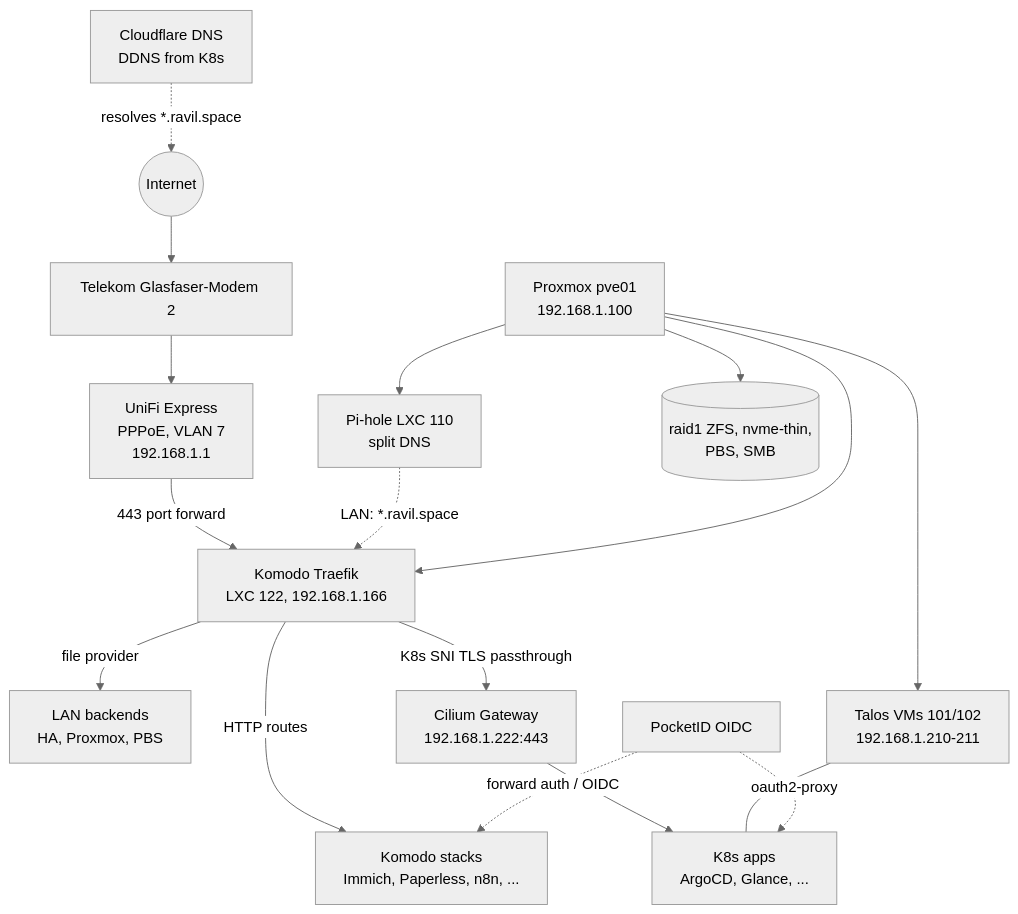
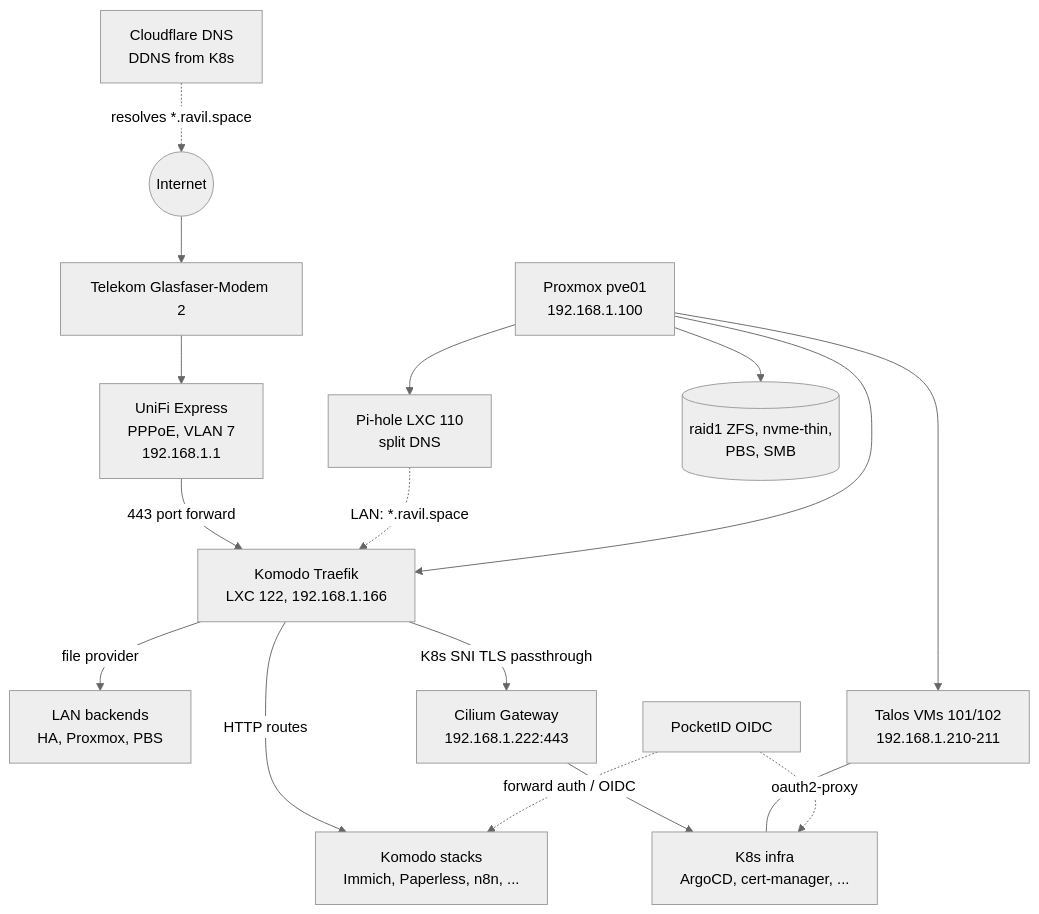
One commit to ravilushqa/homelab changed the diagram in docs/architecture/00-homelab-architecture.md. Above: the diagram before and after it, drawn with Mermaid (neutral theme). The commit also changed other lines of this file and 54 other files, not shown here.

````diff
--- a/docs/architecture/00-homelab-architecture.md
+++ b/docs/architecture/00-homelab-architecture.md
@@ -25,33 +25,33 @@
 ```mermaid
 flowchart TB
   Internet((Internet))
   DNS[Cloudflare DNS<br/>DDNS from K8s]
   Modem[Telekom Glasfaser-Modem 2]
   UniFi[UniFi Express<br/>PPPoE, VLAN 7<br/>192.168.1.1]
   PiHole[Pi-hole LXC 110<br/>split DNS]
   PVE[Proxmox pve01<br/>192.168.1.100]
   Traefik[Komodo Traefik<br/>LXC 122, 192.168.1.166]
   DockerStacks[Komodo stacks<br/>Immich, Paperless, n8n, ...]
   LanBackends[LAN backends<br/>HA, Proxmox, PBS]
   K8sGW[Cilium Gateway<br/>192.168.1.222:443]
   Talos[Talos VMs 101/102<br/>192.168.1.210-211]
-  K8sApps[K8s apps<br/>ArgoCD, Glance, ...]
+  K8sApps[K8s infra<br/>ArgoCD, cert-manager, ...]
   Storage[(raid1 ZFS, nvme-thin,<br/>PBS, SMB)]
   Auth[PocketID OIDC]
 
   Internet --> Modem --> UniFi
   DNS -.->|"resolves *.ravil.space"| Internet
   UniFi -->|443 port forward| Traefik
   PiHole -.->|"LAN: *.ravil.space"| Traefik
   Traefik -->|HTTP routes| DockerStacks
   Traefik -->|file provider| LanBackends
   Traefik -->|K8s SNI TLS passthrough| K8sGW
   K8sGW --> K8sApps
   Talos --- K8sApps
   PVE --> Traefik
   PVE --> Talos
   PVE --> PiHole
   PVE --> Storage
   Auth -. forward auth / OIDC .-> DockerStacks
   Auth -. oauth2-proxy .-> K8sApps
 ```
````
